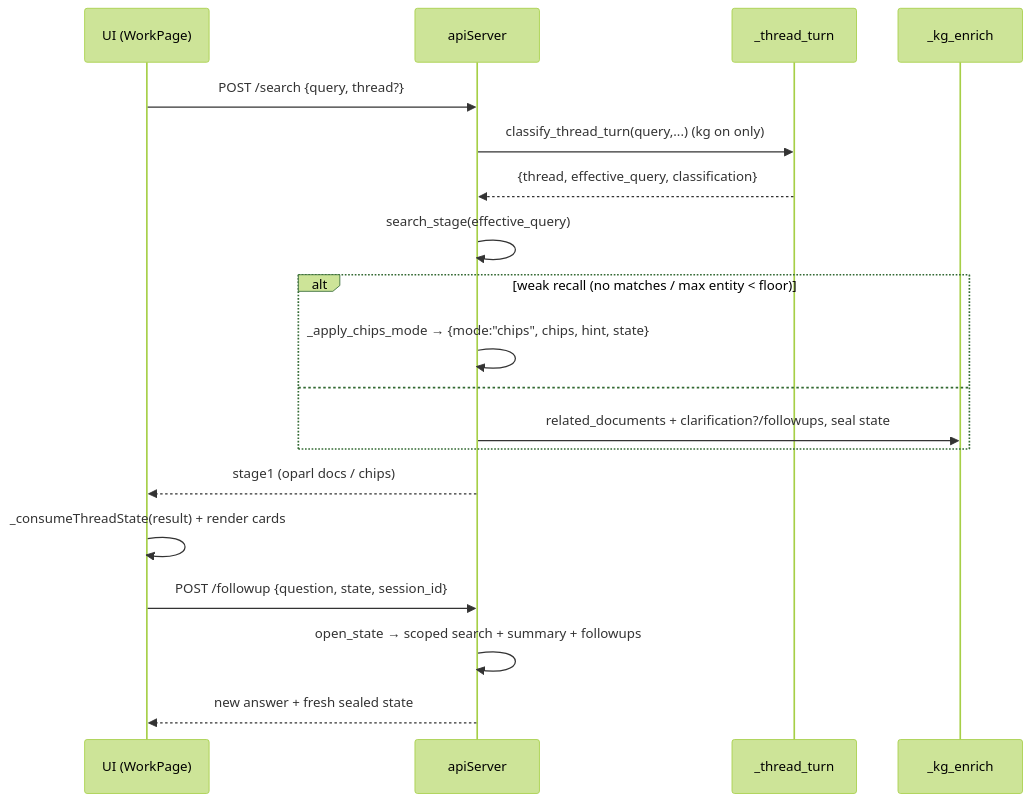
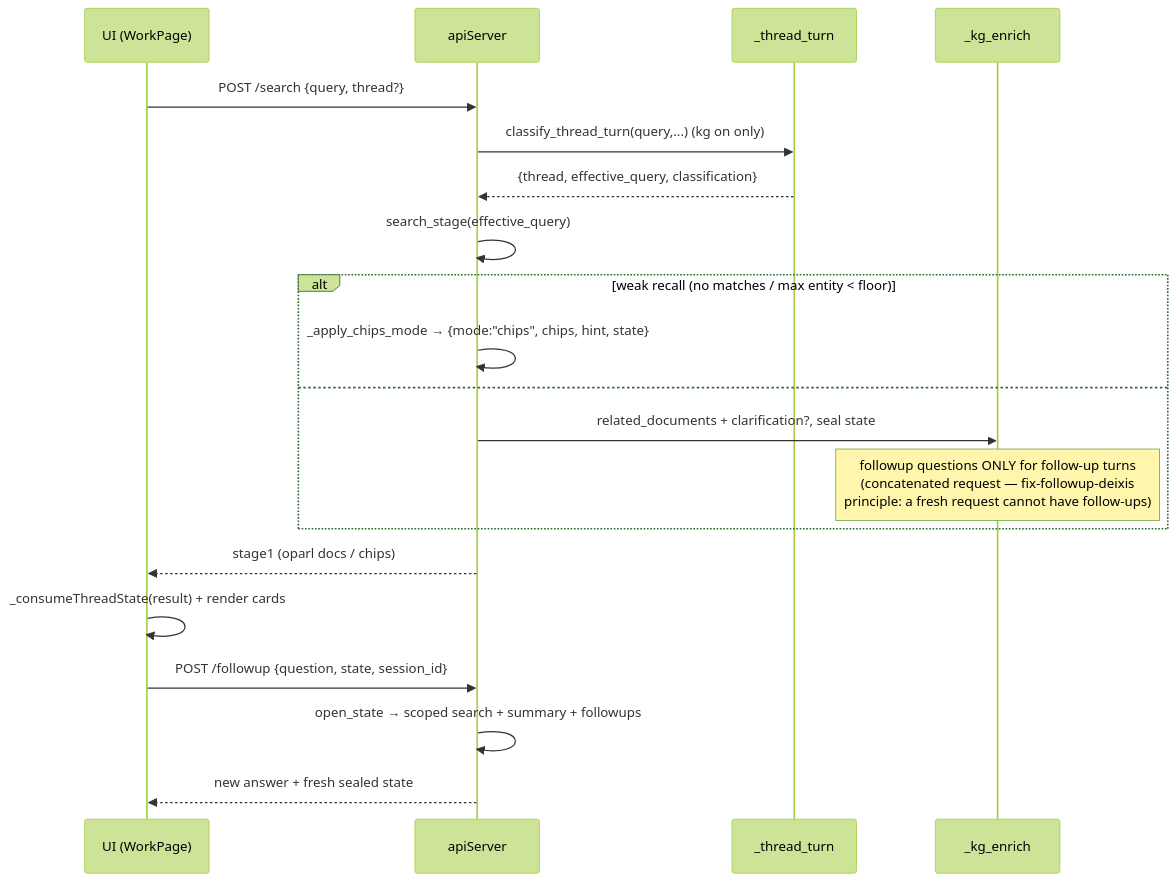
The diagram in docs/request-thread.md (digital-codes/riski), drawn with Mermaid (forest theme) before and after one commit. The commit also changed other lines of this file and 19 other files, not shown here.

````diff
--- a/docs/request-thread.md
+++ b/docs/request-thread.md
@@ -59,21 +59,22 @@
 ```mermaid
 sequenceDiagram
     participant U as UI (WorkPage)
     participant AX as apiServer
     participant TH as _thread_turn
     participant KG as _kg_enrich
     U->>AX: POST /search {query, thread?}
     AX->>TH: classify_thread_turn(query,...) (kg on only)
     TH-->>AX: {thread, effective_query, classification}
     AX->>AX: search_stage(effective_query)
     alt weak recall (no matches / max entity < floor)
         AX->>AX: _apply_chips_mode → {mode:"chips", chips, hint, state}
     else
-        AX->>KG: related_documents + clarification?/followups, seal state
+        AX->>KG: related_documents + clarification?, seal state
+        note over KG: followup questions ONLY for follow-up turns<br/>(concatenated request — fix-followup-deixis<br/>principle: a fresh request cannot have follow-ups)
     end
     AX-->>U: stage1 (oparl docs / chips)
     U->>U: _consumeThreadState(result) + render cards
     U->>AX: POST /followup {question, state, session_id}
     AX->>AX: open_state → scoped search + summary + followups
     AX-->>U: new answer + fresh sealed state
 ```
````
